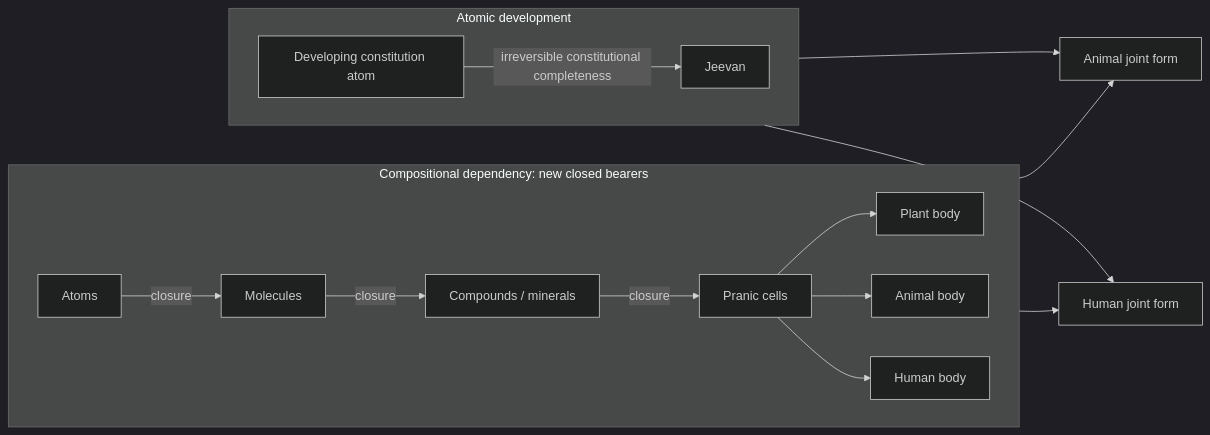
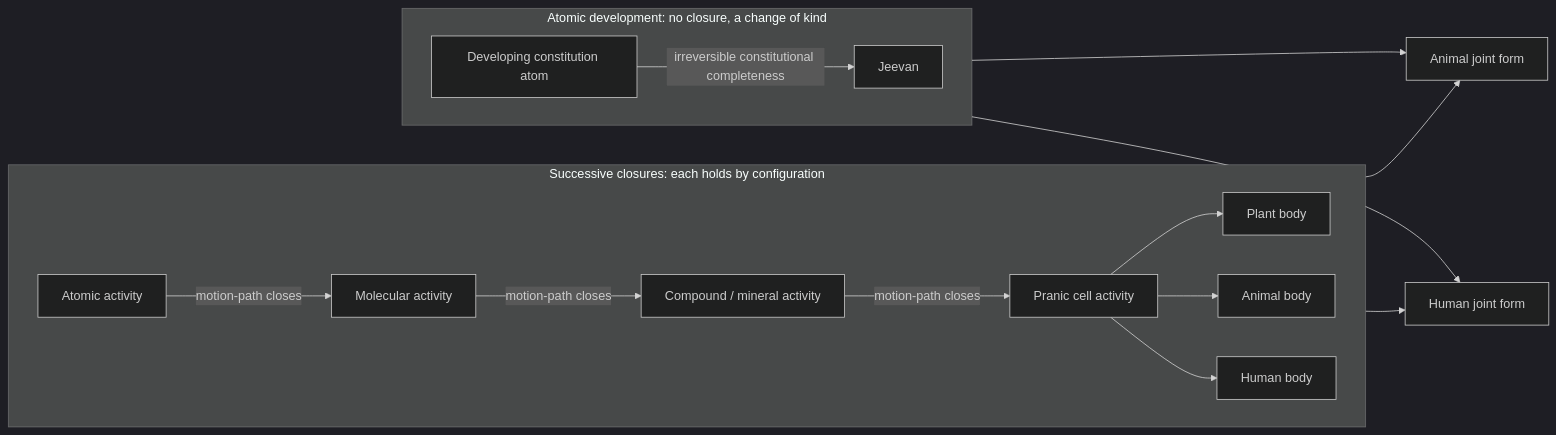
The second of 7 diagrams in Studies/A-State-Dynamic-Model-Of-Coexistence/A-State-Dynamic-Model-Of-Coexistence.md (raghavamohan/AnalyticMadhyasthDarshan), drawn with Mermaid (dark theme) before and after one commit. The commit also changed other lines of this file and 9 other files, not shown here.

````diff
--- a/Studies/A-State-Dynamic-Model-Of-Coexistence/A-State-Dynamic-Model-Of-Coexistence.md
+++ b/Studies/A-State-Dynamic-Model-Of-Coexistence/A-State-Dynamic-Model-Of-Coexistence.md
@@ -281,20 +233,20 @@
 ```mermaid
 flowchart LR
-    subgraph COMPOSITION["Compositional dependency: new closed bearers"]
+    subgraph COMPOSITION["Successive closures: each holds by configuration"]
       direction LR
-      ATOM["Atoms"] -->|"closure"| MOL["Molecules"]
-      MOL -->|"closure"| COMP["Compounds / minerals"]
-      COMP -->|"closure"| CELL["Pranic cells"]
+      ATOM["Atomic activity"] -->|"motion-path closes"| MOL["Molecular activity"]
+      MOL -->|"motion-path closes"| COMP["Compound / mineral activity"]
+      COMP -->|"motion-path closes"| CELL["Pranic cell activity"]
       CELL --> PLANT["Plant body"]
       CELL --> ANBODY["Animal body"]
       CELL --> HUMBODY["Human body"]
     end
-    subgraph ATOMIC["Atomic development"]
+    subgraph ATOMIC["Atomic development: no closure, a change of kind"]
       direction LR
       DEV["Developing constitution atom"] -->|"irreversible constitutional completeness"| JEEVAN["Jeevan"]
     end
     ANBODY --> ANIMAL["Animal joint form"]
     JEEVAN --> ANIMAL
     HUMBODY --> HUMAN["Human joint form"]
     JEEVAN --> HUMAN
 ```
````
